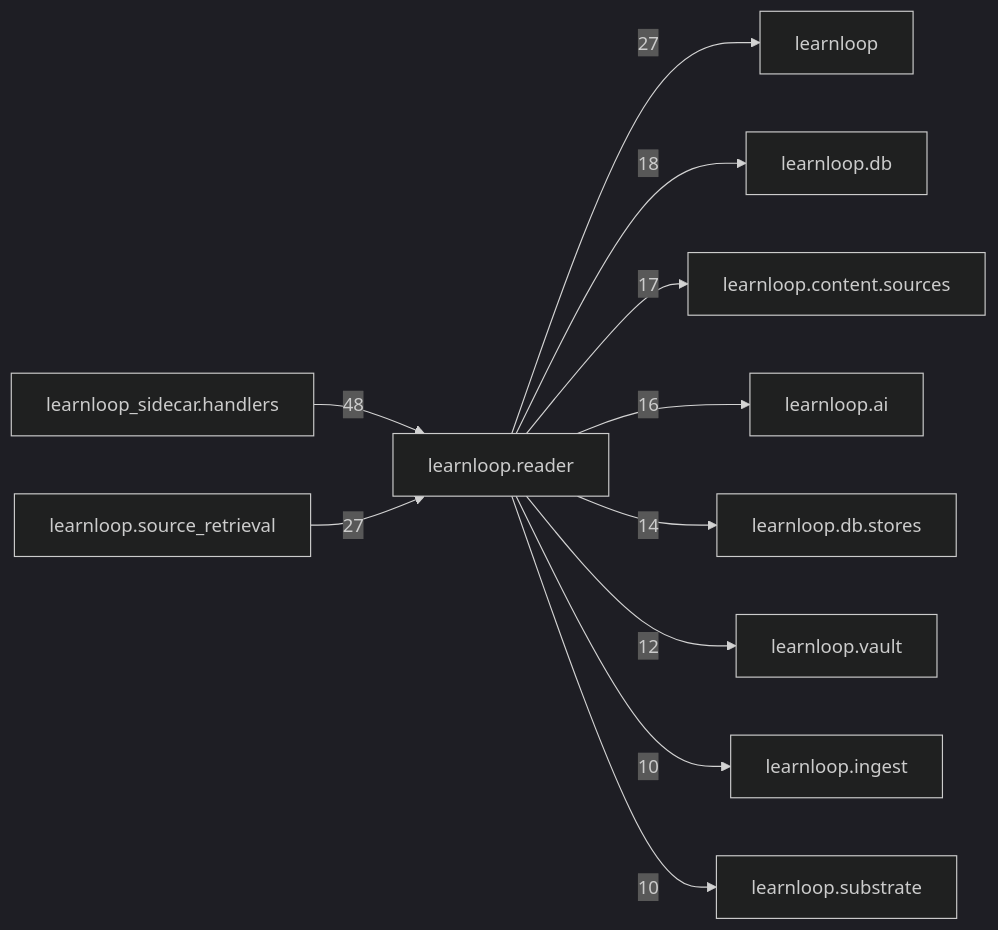
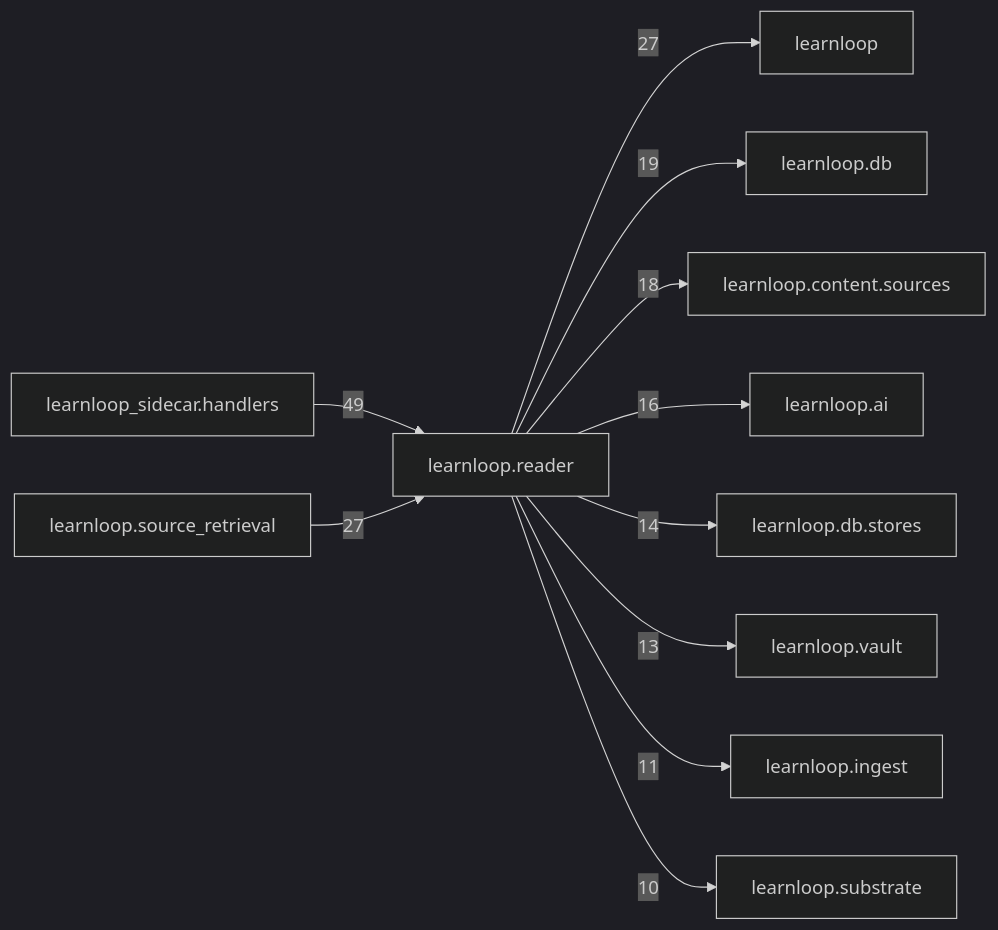
Before and after one commit to 6up-b/learnanything: the diagram in docs/learnloop-architecture-vault/Reference/Modules/learnloop/reader/_package.md, drawn with Mermaid (dark theme). The commit also changed other lines of this file and 174 other files, not shown here.

````diff
--- a/docs/learnloop-architecture-vault/Reference/Modules/learnloop/reader/_package.md
+++ b/docs/learnloop-architecture-vault/Reference/Modules/learnloop/reader/_package.md
@@ -150,24 +153,24 @@
 ```mermaid
 flowchart LR
     center["learnloop.reader"]
     n_learnloop_sidecar_handlers["learnloop_sidecar.handlers"]
     n_learnloop["learnloop"]
     n_learnloop_source_retrieval["learnloop.source_retrieval"]
     n_learnloop_db["learnloop.db"]
     n_learnloop_content_sources["learnloop.content.sources"]
     n_learnloop_ai["learnloop.ai"]
     n_learnloop_db_stores["learnloop.db.stores"]
     n_learnloop_vault["learnloop.vault"]
     n_learnloop_ingest["learnloop.ingest"]
     n_learnloop_substrate["learnloop.substrate"]
-    n_learnloop_sidecar_handlers -->|48| center
+    n_learnloop_sidecar_handlers -->|49| center
     center -->|27| n_learnloop
     n_learnloop_source_retrieval -->|27| center
-    center -->|18| n_learnloop_db
-    center -->|17| n_learnloop_content_sources
+    center -->|19| n_learnloop_db
+    center -->|18| n_learnloop_content_sources
     center -->|16| n_learnloop_ai
     center -->|14| n_learnloop_db_stores
-    center -->|12| n_learnloop_vault
-    center -->|10| n_learnloop_ingest
+    center -->|13| n_learnloop_vault
+    center -->|11| n_learnloop_ingest
     center -->|10| n_learnloop_substrate
 ```
````
